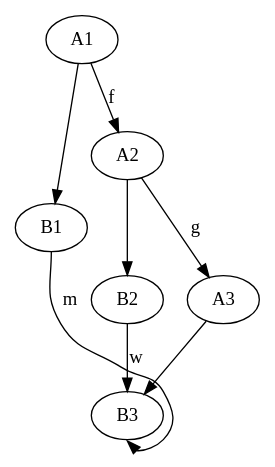
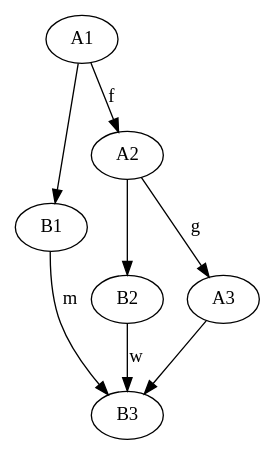
The diagram in alg/dotgraphparser/sample.dot (RitterOD/go-samples), drawn with Graphviz before and after one commit. The commit also changed 7 other files, not shown here.

```diff
--- a/alg/dotgraphparser/sample.dot
+++ b/alg/dotgraphparser/sample.dot
@@ -1,10 +1,10 @@
 digraph g {
 	A1 -> B1;
 	A2 -> B2;
 	A3 -> B3;
 
 	A1 -> A2 [label=f];
 	A2 -> A3 [label=g];
 	B2 -> B3 [label=w];
-	B1 -> B3 [label=m tailport=s headport=s];
+	B1 -> B3 [label=m];
 }
```
